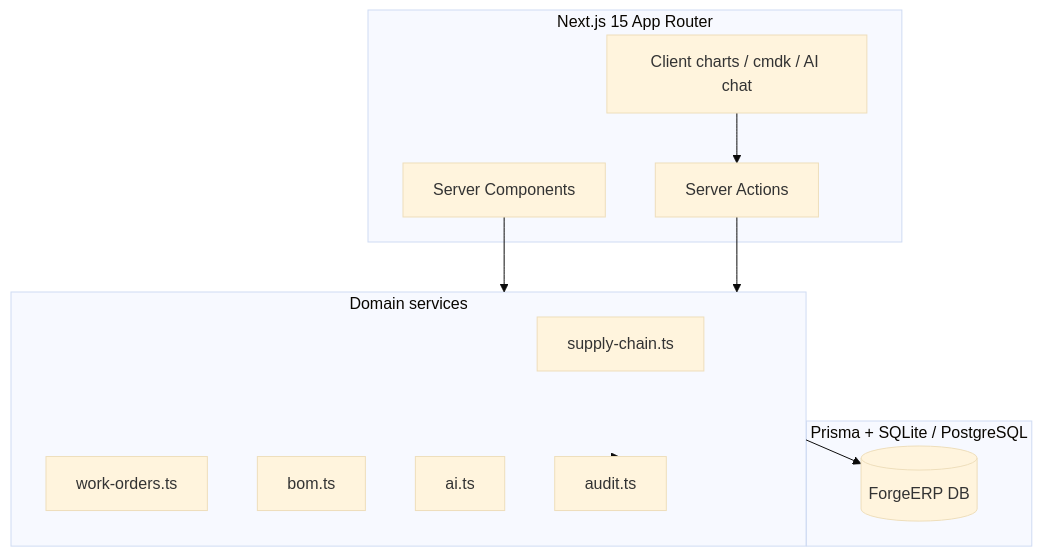
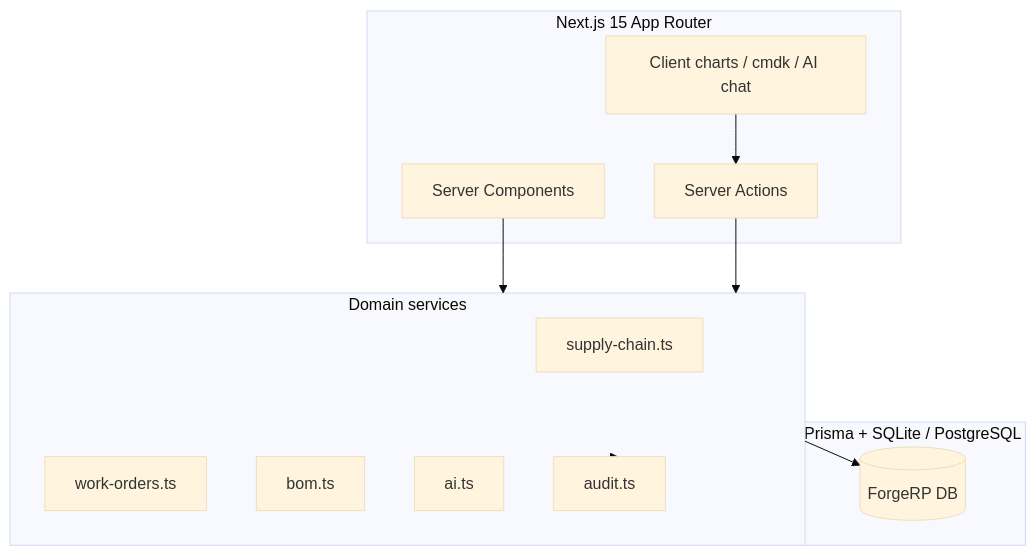
One commit to jmwilson92/erpsystem changed the first of 3 diagrams in README.md. Above: the diagram before and after it, drawn with Mermaid (base theme). The commit also changed other lines of this file and 18 other files, not shown here.

````diff
--- a/README.md
+++ b/README.md
@@ -111,26 +111,26 @@
 ```mermaid
 flowchart TB
   subgraph UI["Next.js 15 App Router"]
     RSC[Server Components]
     SA[Server Actions]
     Client[Client charts / cmdk / AI chat]
   end
 
   subgraph Domain["Domain services"]
     SC[supply-chain.ts]
     WO[work-orders.ts]
     BOM[bom.ts]
     AI[ai.ts]
     AUDIT[audit.ts]
   end
 
   subgraph Data["Prisma + SQLite / PostgreSQL"]
-    DB[(ForgeERP DB)]
+    DB[(ForgeRP DB)]
   end
 
   RSC --> Domain
   SA --> Domain
   Domain --> AUDIT
   Domain --> DB
   Client --> SA
 ```
````
